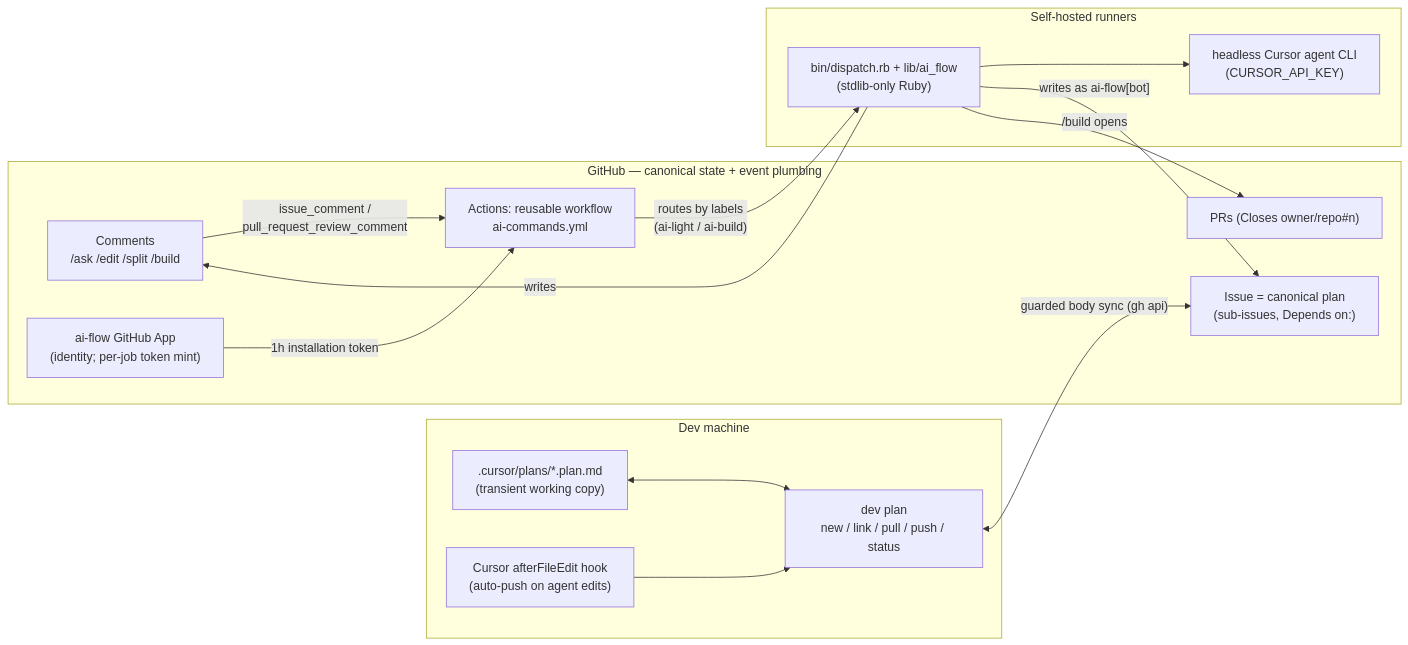
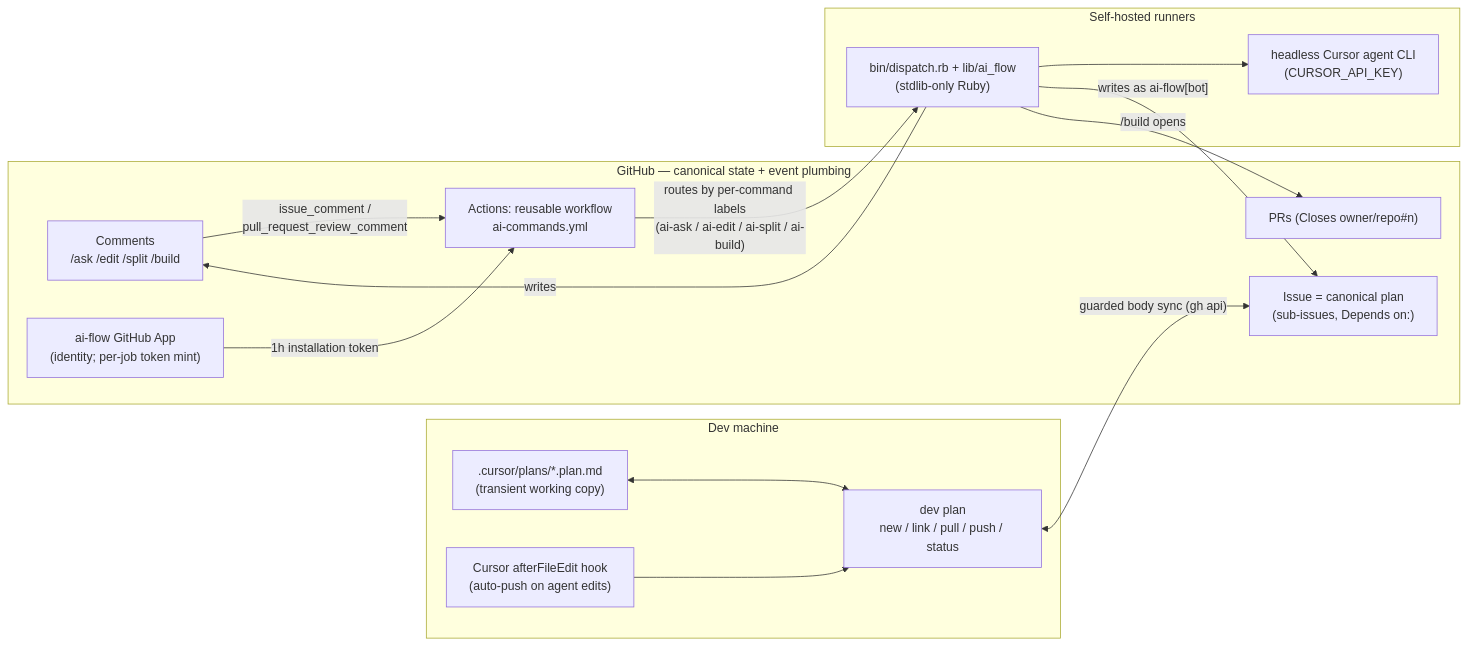
Before and after one commit to d3mlabs/ai-flow: the first of 6 diagrams in docs/architecture.md, drawn with Mermaid. The commit also changed other lines of this file and 8 other files, not shown here.

First line of the commit message:
Per-command model config (.github/ai-flow.yml) and per-command runner labels

````diff
--- a/docs/architecture.md
+++ b/docs/architecture.md
@@ -17,32 +17,32 @@
 ```mermaid
 flowchart LR
     subgraph localZone [Dev machine]
         planFile[".cursor/plans/*.plan.md<br/>(transient working copy)"]
         devPlan["dev plan<br/>new / link / pull / push / status"]
         hook["Cursor afterFileEdit hook<br/>(auto-push on agent edits)"]
     end
 
     subgraph githubZone [GitHub — canonical state + event plumbing]
         issue["Issue = canonical plan<br/>(sub-issues, Depends on:)"]
         comments["Comments<br/>/ask /edit /split /build"]
         pr["PRs (Closes owner/repo#n)"]
         actions["Actions: reusable workflow<br/>ai-commands.yml"]
         app["ai-flow GitHub App<br/>(identity; per-job token mint)"]
     end
 
     subgraph runnerZone [Self-hosted runners]
         dispatcher["bin/dispatch.rb + lib/ai_flow<br/>(stdlib-only Ruby)"]
         agentCli["headless Cursor agent CLI<br/>(CURSOR_API_KEY)"]
     end
 
     planFile <--> devPlan
     hook --> devPlan
     devPlan <-->|"guarded body sync (gh api)"| issue
     comments -->|"issue_comment /<br/>pull_request_review_comment"| actions
-    actions -->|"routes by labels<br/>(ai-light / ai-build)"| dispatcher
+    actions -->|"routes by per-command labels<br/>(ai-ask / ai-edit / ai-split / ai-build)"| dispatcher
     app -->|"1h installation token"| actions
     dispatcher --> agentCli
     dispatcher -->|"writes as ai-flow[bot]"| issue
     dispatcher -->|writes| comments
     dispatcher -->|"/build opens"| pr
 ```
````
